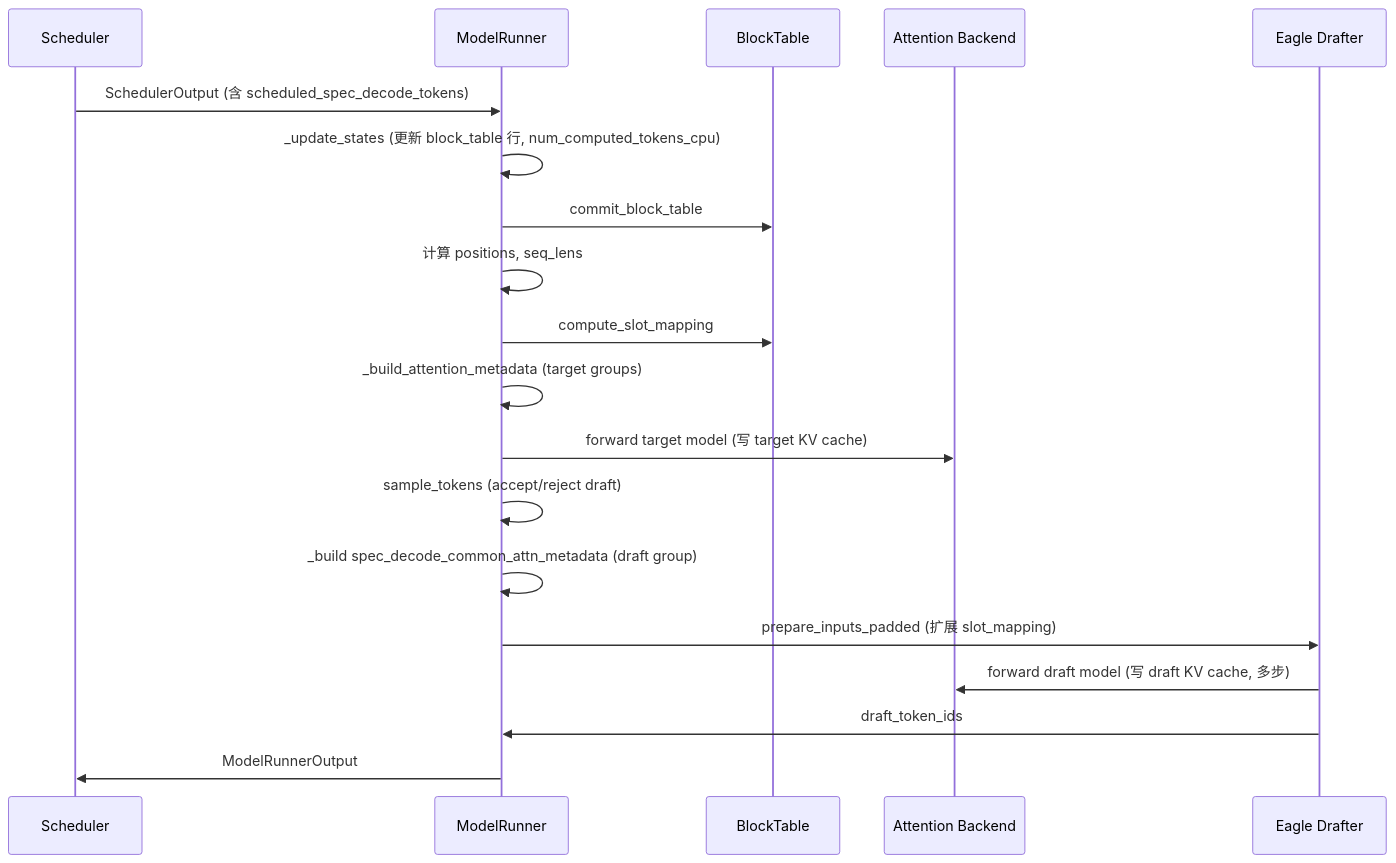
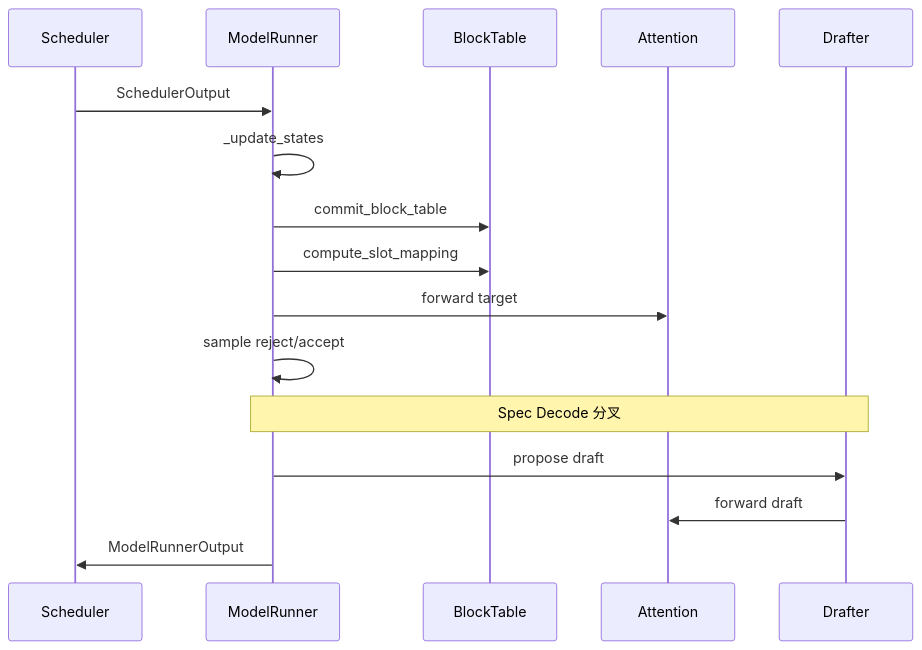
One commit to csoulnd/InferTechNote changed the third of 3 diagrams in Feature/MTP/kv_cache_logic_model_runner_v1.md. Above: the diagram before and after it, drawn with Mermaid. The commit also changed other lines of this file, not shown here.

Commit message:
add kv cache note

````diff
--- a/Feature/MTP/kv_cache_logic_model_runner_v1.md
+++ b/Feature/MTP/kv_cache_logic_model_runner_v1.md
@@ -658,22 +406,19 @@
 ```mermaid
 sequenceDiagram
     participant SCH as Scheduler
     participant MR as ModelRunner
     participant BT as BlockTable
-    participant ATT as Attention Backend
-    participant DR as Eagle Drafter
+    participant ATT as Attention
+    participant DR as Drafter
 
-    SCH->>MR: SchedulerOutput (含 scheduled_spec_decode_tokens)
-    MR->>MR: _update_states (更新 block_table 行, num_computed_tokens_cpu)
+    SCH->>MR: SchedulerOutput
+    MR->>MR: _update_states
     MR->>BT: commit_block_table
-    MR->>MR: 计算 positions, seq_lens
     MR->>BT: compute_slot_mapping
-    MR->>MR: _build_attention_metadata (target groups)
-    MR->>ATT: forward target model (写 target KV cache)
-    MR->>MR: sample_tokens (accept/reject draft)
-    MR->>MR: _build spec_decode_common_attn_metadata (draft group)
-    MR->>DR: prepare_inputs_padded (扩展 slot_mapping)
-    DR->>ATT: forward draft model (写 draft KV cache, 多步)
-    DR->>MR: draft_token_ids
+    MR->>ATT: forward target
+    MR->>MR: sample reject/accept
+    Note over MR,DR: Spec Decode 分叉
+    MR->>DR: propose draft
+    DR->>ATT: forward draft
     MR->>SCH: ModelRunnerOutput
 ```
````
